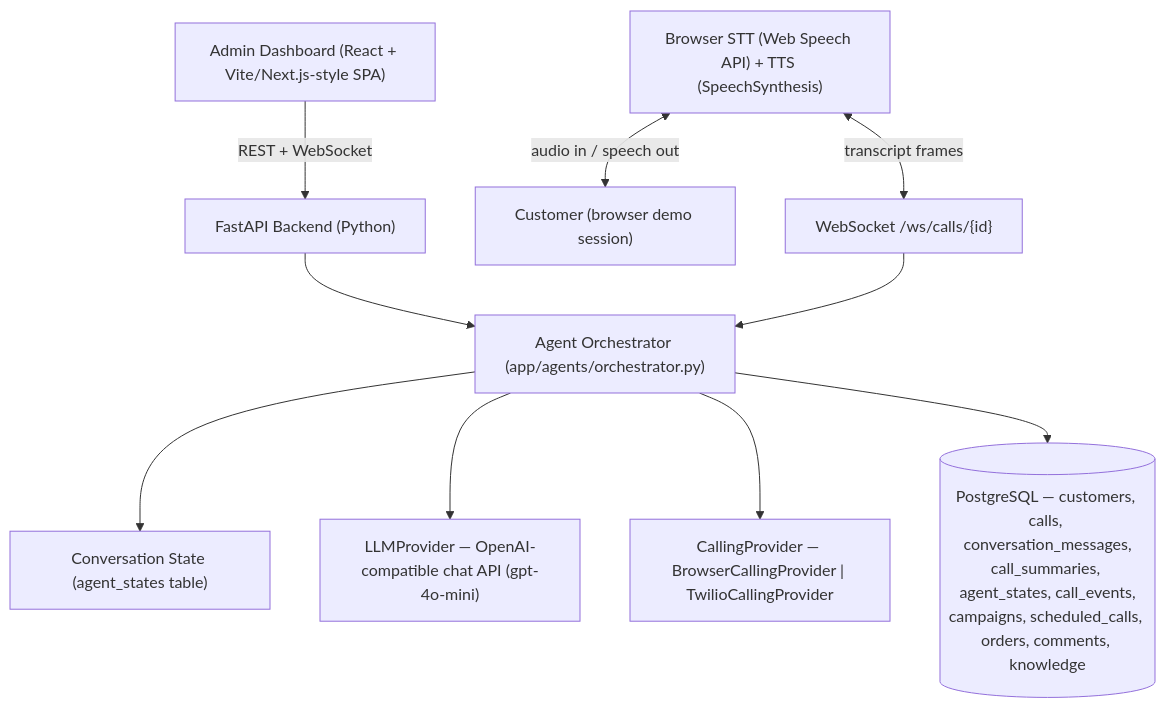
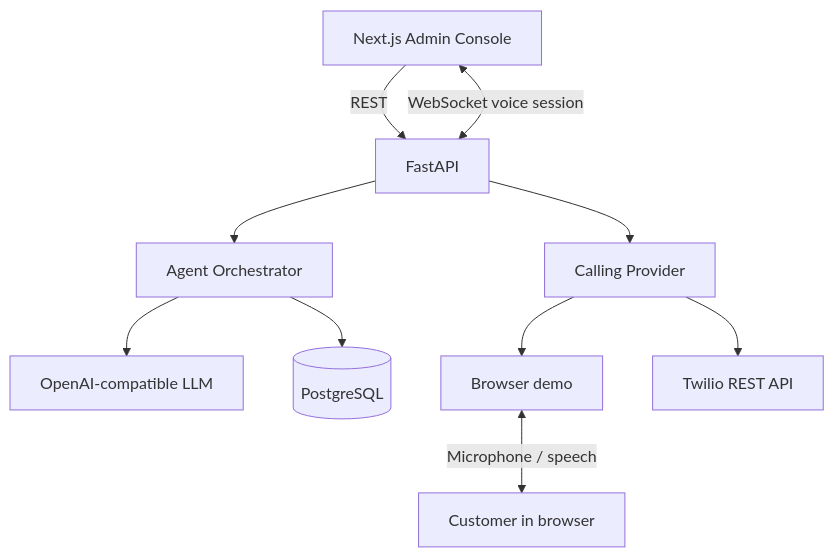
The diagram in README.md (Junaid1206/agentspeakAI), drawn with Mermaid before and after one commit. The commit also changed other lines of this file, not shown here.

Commit message:
docs: align assignment README with Next.js admin app and setup

````diff
--- a/README.md
+++ b/README.md
@@ -19,12 +9,12 @@
 ```mermaid
 flowchart TD
-    Admin["Admin Dashboard (React + Vite/Next.js-style SPA)"] -->|"REST + WebSocket"| API["FastAPI Backend (Python)"]
-    API --> Agent["Agent Orchestrator (app/agents/orchestrator.py)"]
-    Agent --> State["Conversation State (agent_states table)"]
-    Agent --> LLM["LLMProvider — OpenAI-compatible chat API (gpt-4o-mini)"]
-    Agent --> Calling["CallingProvider — BrowserCallingProvider | TwilioCallingProvider"]
-    Agent --> DB[("PostgreSQL — customers, calls, conversation_messages,\ncall_summaries, agent_states, call_events,\ncampaigns, scheduled_calls, orders, comments, knowledge")]
-    Voice["Browser STT (Web Speech API) + TTS (SpeechSynthesis)"] <-->|"audio in / speech out"| Customer["Customer (browser demo session)"]
-    Voice <-->|"transcript frames"| WS["WebSocket /ws/calls/{id}"]
-    WS --> Agent
+  Admin[Next.js Admin Console] -->|REST| API[FastAPI]
+  Admin <-->|WebSocket voice session| API
+  API --> Agent[Agent Orchestrator]
+  Agent --> LLM[OpenAI-compatible LLM]
+  Agent --> DB[(PostgreSQL)]
+  API --> Calling[Calling Provider]
+  Calling --> Browser[Browser demo]
+  Calling --> Twilio[Twilio REST API]
+  Browser <-->|Microphone / speech| User[Customer in browser]
 ```
````
